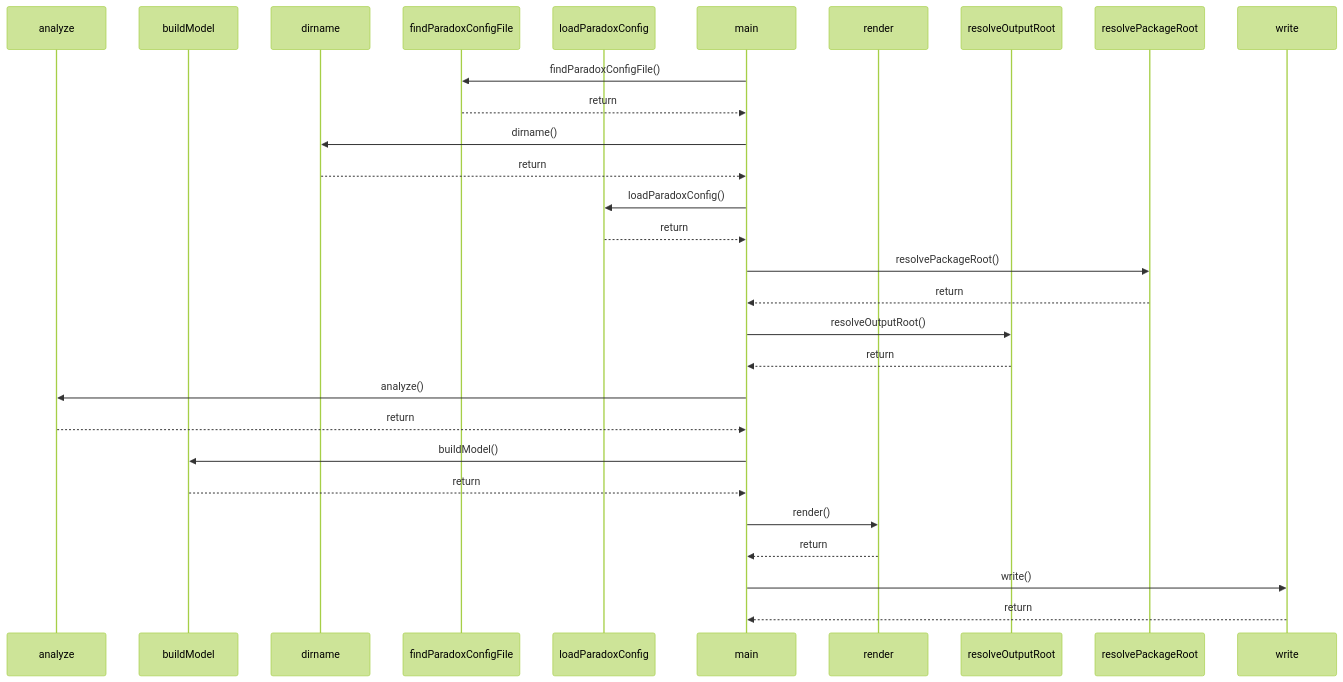
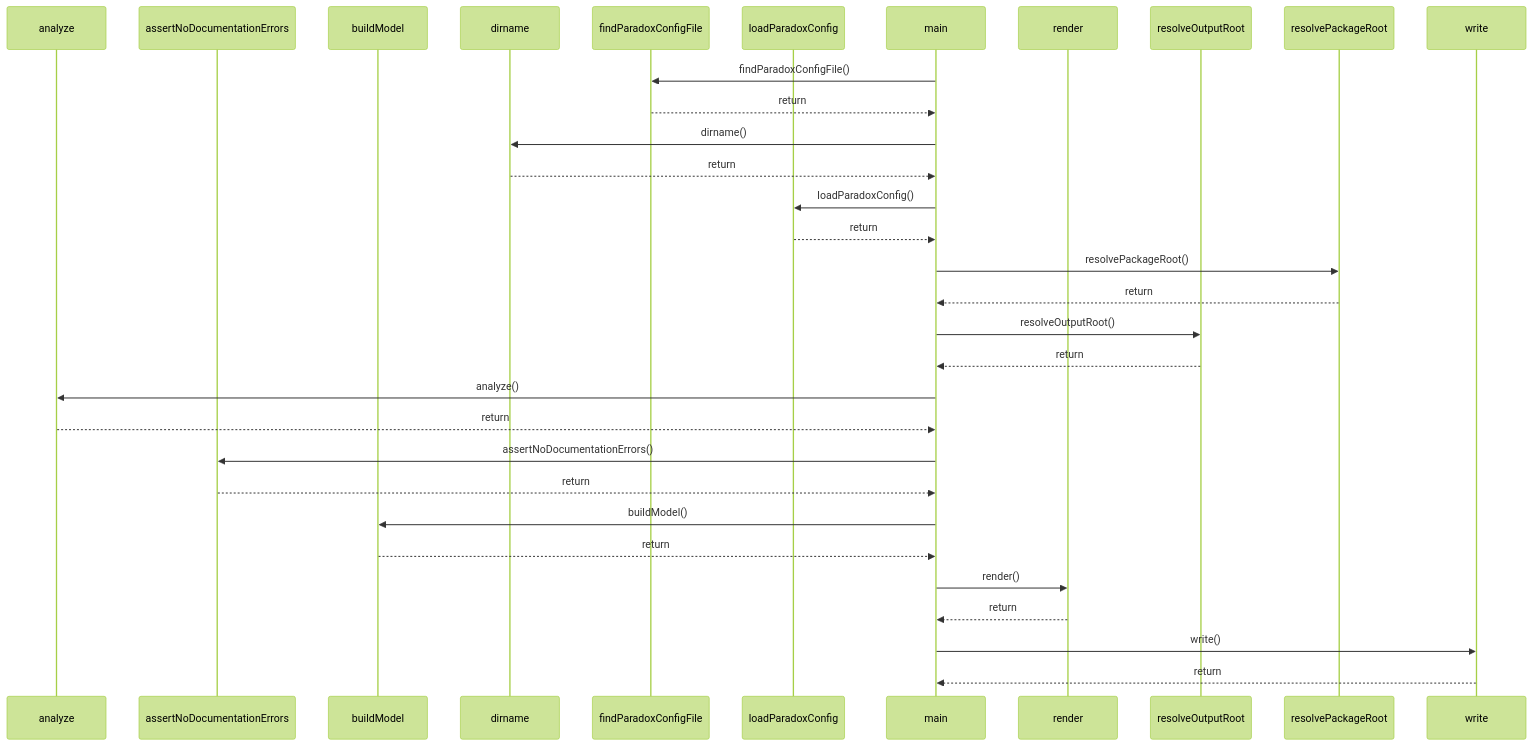
One commit to ankhorage/paradox changed the diagram in paradox/diagrams/sequences/paradox.mmd. Above: the diagram before and after it, drawn with Mermaid (forest theme). The commit also changed 71 other files, not shown here.

```diff
--- a/paradox/diagrams/sequences/paradox.mmd
+++ b/paradox/diagrams/sequences/paradox.mmd
@@ -1,29 +1,32 @@
 sequenceDiagram
   participant participant_analyze as analyze
+  participant participant_assertNoDocumentationErrors as assertNoDocumentationErrors
   participant participant_buildModel as buildModel
   participant participant_dirname as dirname
   participant participant_findParadoxConfigFile as findParadoxConfigFile
   participant participant_loadParadoxConfig as loadParadoxConfig
   participant participant_main as main
   participant participant_render as render
   participant participant_resolveOutputRoot as resolveOutputRoot
   participant participant_resolvePackageRoot as resolvePackageRoot
   participant participant_write as write
   participant_main->>participant_findParadoxConfigFile: findParadoxConfigFile()
   participant_findParadoxConfigFile-->>participant_main: return
   participant_main->>participant_dirname: dirname()
   participant_dirname-->>participant_main: return
   participant_main->>participant_loadParadoxConfig: loadParadoxConfig()
   participant_loadParadoxConfig-->>participant_main: return
   participant_main->>participant_resolvePackageRoot: resolvePackageRoot()
   participant_resolvePackageRoot-->>participant_main: return
   participant_main->>participant_resolveOutputRoot: resolveOutputRoot()
   participant_resolveOutputRoot-->>participant_main: return
   participant_main->>participant_analyze: analyze()
   participant_analyze-->>participant_main: return
+  participant_main->>participant_assertNoDocumentationErrors: assertNoDocumentationErrors()
+  participant_assertNoDocumentationErrors-->>participant_main: return
   participant_main->>participant_buildModel: buildModel()
   participant_buildModel-->>participant_main: return
   participant_main->>participant_render: render()
   participant_render-->>participant_main: return
   participant_main->>participant_write: write()
   participant_write-->>participant_main: return
```
